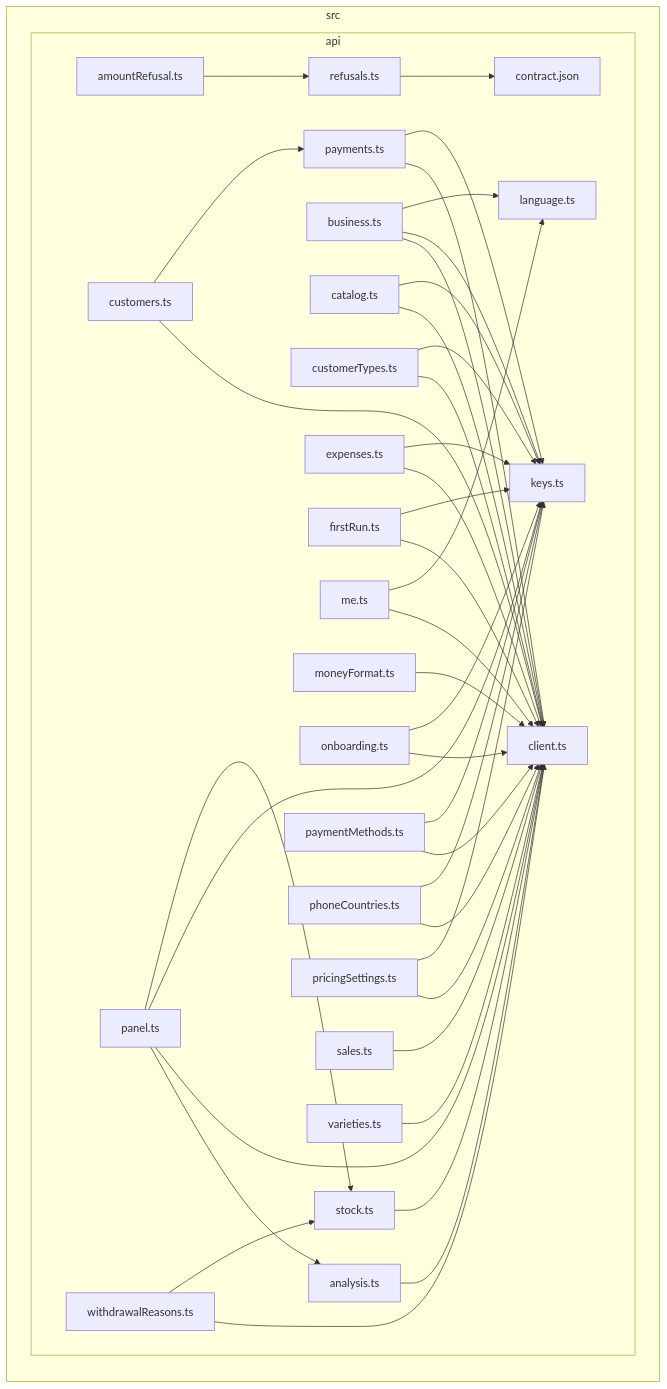
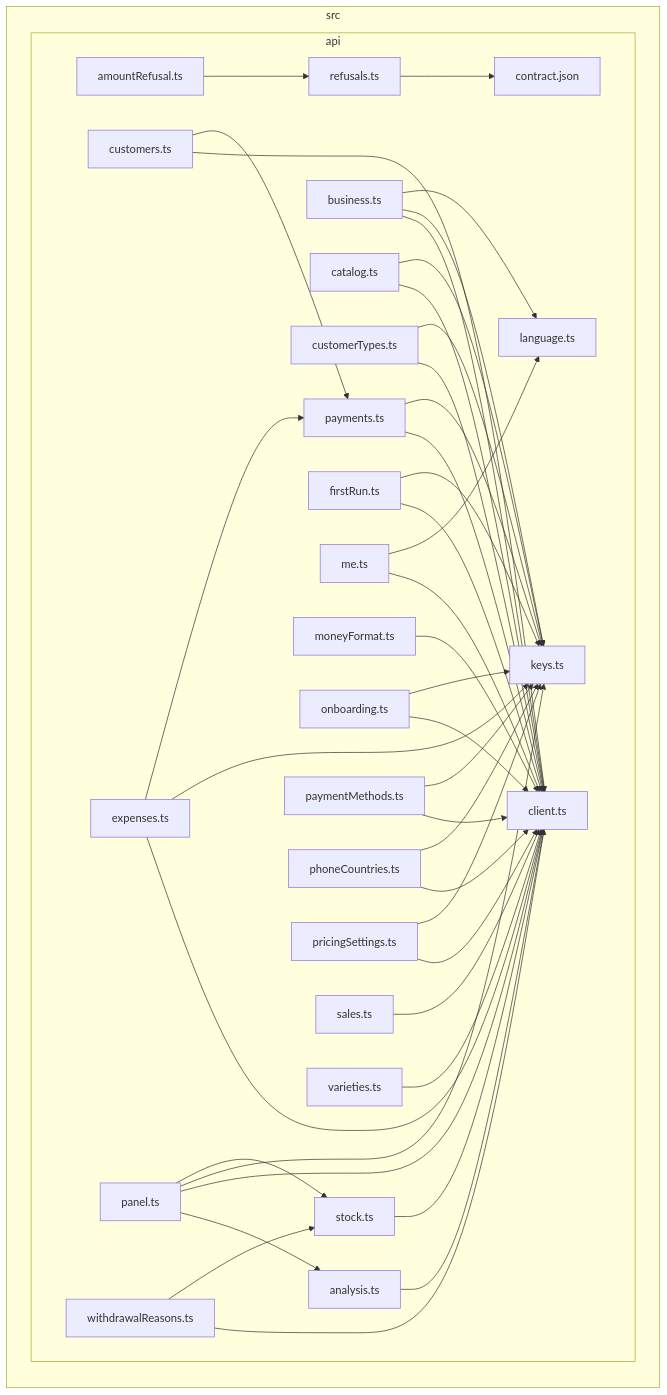
One commit to GonzaloZevallos/apostrophe changed the diagram in docs/architecture/generated/front-modules/api.md. Above: the diagram before and after it, drawn with Mermaid.

Commit message:
chore(docs): regenerate [skip ci]

````diff
--- a/docs/architecture/generated/front-modules/api.md
+++ b/docs/architecture/generated/front-modules/api.md
@@ -7,70 +7,71 @@
 ```mermaid
 flowchart LR
 subgraph src["src"]
   subgraph src_api["api"]
     src_api_amountRefusal_ts["amountRefusal.ts"]
     src_api_analysis_ts["analysis.ts"]
     src_api_business_ts["business.ts"]
     src_api_catalog_ts["catalog.ts"]
     src_api_client_ts["client.ts"]
     src_api_contract_json["contract.json"]
     src_api_customerTypes_ts["customerTypes.ts"]
     src_api_customers_ts["customers.ts"]
     src_api_expenses_ts["expenses.ts"]
     src_api_firstRun_ts["firstRun.ts"]
     src_api_keys_ts["keys.ts"]
     src_api_language_ts["language.ts"]
     src_api_me_ts["me.ts"]
     src_api_moneyFormat_ts["moneyFormat.ts"]
     src_api_onboarding_ts["onboarding.ts"]
     src_api_panel_ts["panel.ts"]
     src_api_paymentMethods_ts["paymentMethods.ts"]
     src_api_payments_ts["payments.ts"]
     src_api_phoneCountries_ts["phoneCountries.ts"]
     src_api_pricingSettings_ts["pricingSettings.ts"]
     src_api_refusals_ts["refusals.ts"]
     src_api_sales_ts["sales.ts"]
     src_api_stock_ts["stock.ts"]
     src_api_varieties_ts["varieties.ts"]
     src_api_withdrawalReasons_ts["withdrawalReasons.ts"]
   end
 end
 src_api_amountRefusal_ts-->src_api_refusals_ts
 src_api_analysis_ts-->src_api_client_ts
 src_api_business_ts-->src_api_client_ts
 src_api_business_ts-->src_api_keys_ts
 src_api_business_ts-->src_api_language_ts
 src_api_catalog_ts-->src_api_client_ts
 src_api_catalog_ts-->src_api_keys_ts
 src_api_customerTypes_ts-->src_api_client_ts
 src_api_customerTypes_ts-->src_api_keys_ts
 src_api_customers_ts-->src_api_client_ts
 src_api_customers_ts-->src_api_payments_ts
 src_api_expenses_ts-->src_api_client_ts
 src_api_expenses_ts-->src_api_keys_ts
+src_api_expenses_ts-->src_api_payments_ts
 src_api_firstRun_ts-->src_api_client_ts
 src_api_firstRun_ts-->src_api_keys_ts
 src_api_me_ts-->src_api_client_ts
 src_api_me_ts-->src_api_language_ts
 src_api_moneyFormat_ts-->src_api_client_ts
 src_api_onboarding_ts-->src_api_client_ts
 src_api_onboarding_ts-->src_api_keys_ts
 src_api_panel_ts-->src_api_analysis_ts
 src_api_panel_ts-->src_api_client_ts
 src_api_panel_ts-->src_api_keys_ts
 src_api_panel_ts-->src_api_stock_ts
 src_api_paymentMethods_ts-->src_api_client_ts
 src_api_paymentMethods_ts-->src_api_keys_ts
 src_api_payments_ts-->src_api_client_ts
 src_api_payments_ts-->src_api_keys_ts
 src_api_phoneCountries_ts-->src_api_client_ts
 src_api_phoneCountries_ts-->src_api_keys_ts
 src_api_pricingSettings_ts-->src_api_client_ts
 src_api_pricingSettings_ts-->src_api_keys_ts
 src_api_refusals_ts-->src_api_contract_json
 src_api_sales_ts-->src_api_client_ts
 src_api_stock_ts-->src_api_client_ts
 src_api_varieties_ts-->src_api_client_ts
 src_api_withdrawalReasons_ts-->src_api_client_ts
 src_api_withdrawalReasons_ts-->src_api_stock_ts
 ```
````
